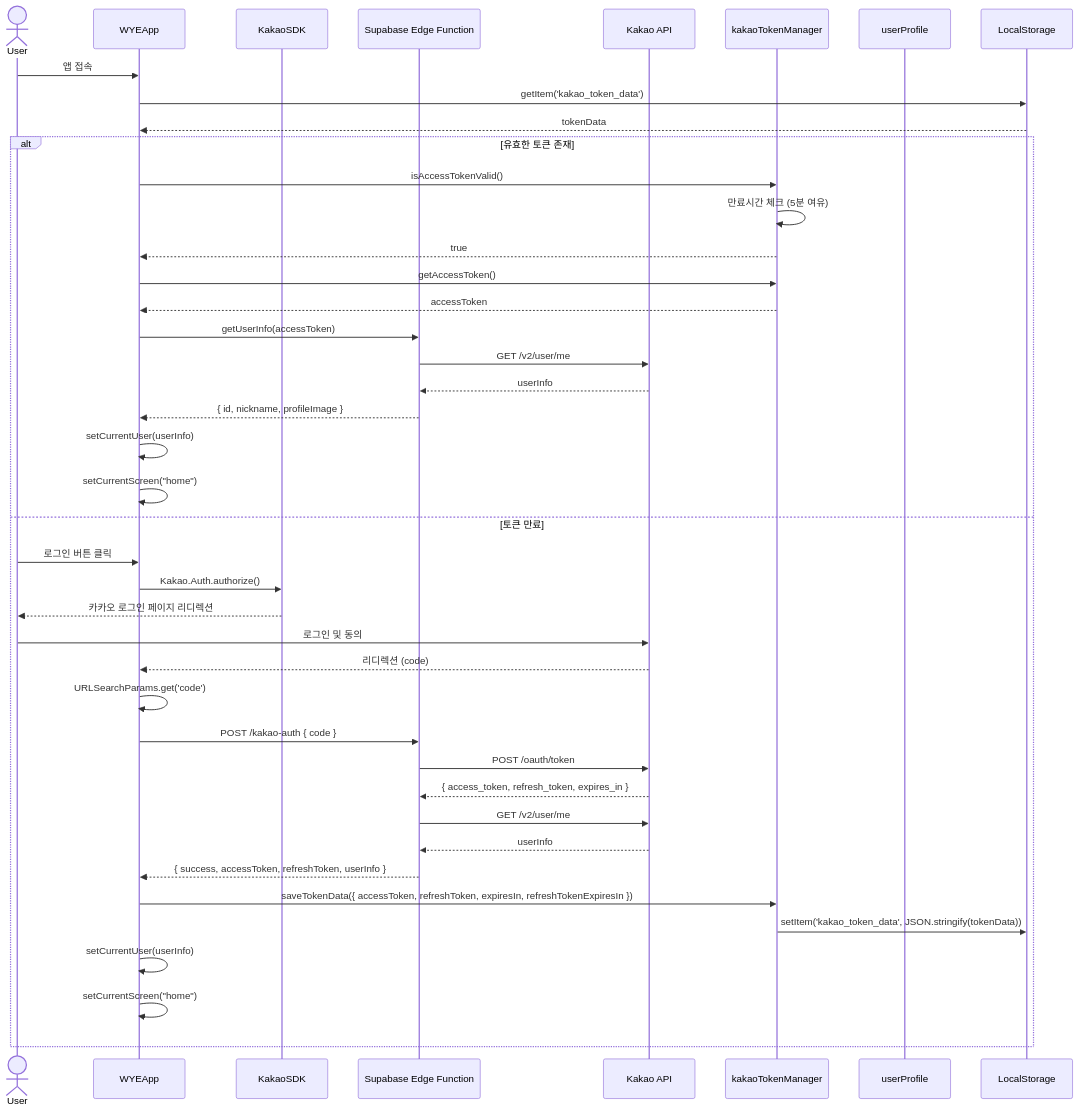
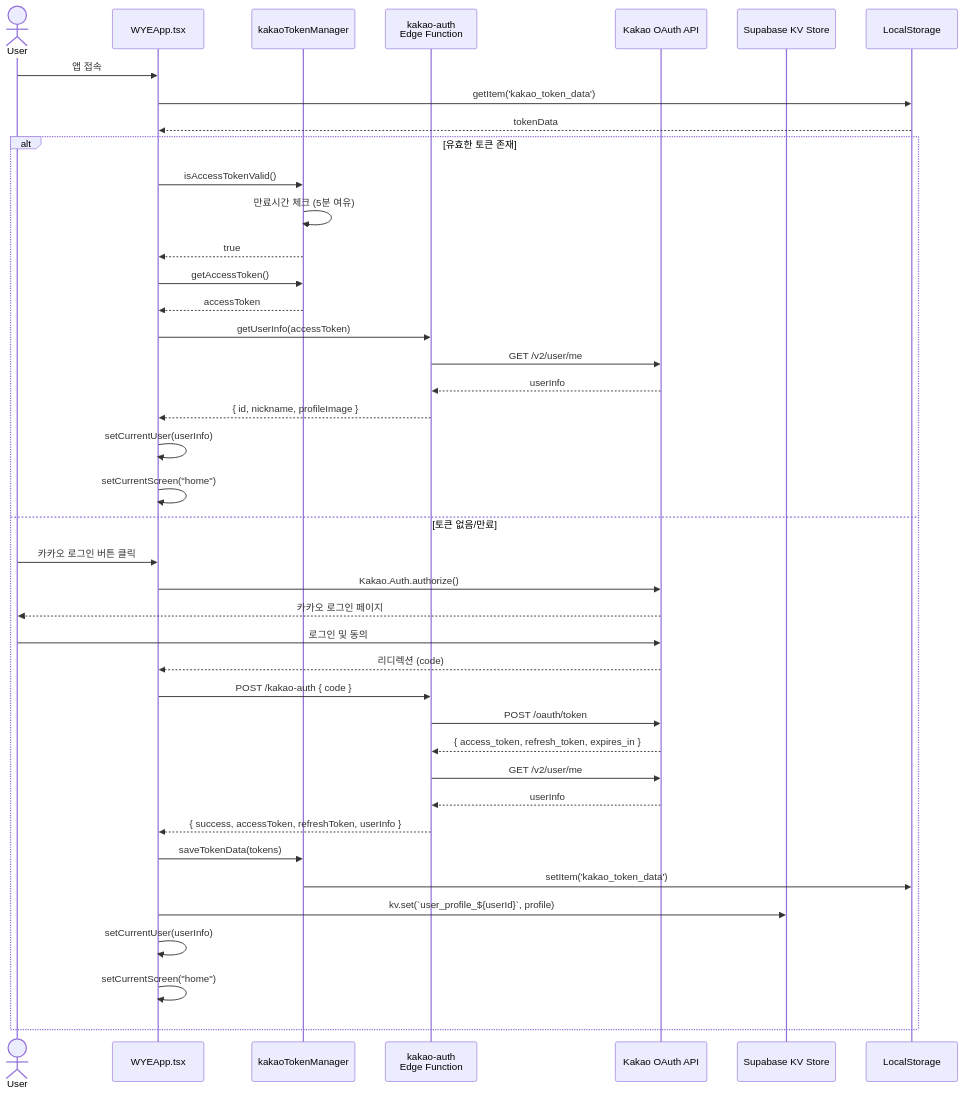
Before and after one commit to mongkwon/graduateproj1: the first of 9 diagrams in README.md, drawn with Mermaid. The commit also changed other lines of this file, not shown here.

````diff
--- a/README.md
+++ b/README.md
@@ -5,46 +5,45 @@
 ```mermaid
 sequenceDiagram
     actor User
-    participant WYEApp
-    participant KakaoSDK
-    participant SupabaseEdge as Supabase Edge Function
-    participant KakaoAPI as Kakao API
-    participant TokenManager as kakaoTokenManager
-    participant UserProfile as userProfile
+    participant WYE as WYEApp.tsx
+    participant TokenMgr as kakaoTokenManager
+    participant EdgeFn as kakao-auth<br/>Edge Function
+    participant KakaoAPI as Kakao OAuth API
+    participant SupabaseKV as Supabase KV Store
     participant LocalStorage
 
-    User->>WYEApp: 앱 접속
-    WYEApp->>LocalStorage: getItem('kakao_token_data')
-    LocalStorage-->>WYEApp: tokenData
+    User->>WYE: 앱 접속
+    WYE->>LocalStorage: getItem('kakao_token_data')
+    LocalStorage-->>WYE: tokenData
     
     alt 유효한 토큰 존재
-        WYEApp->>TokenManager: isAccessTokenValid()
-        TokenManager->>TokenManager: 만료시간 체크 (5분 여유)
-        TokenManager-->>WYEApp: true
-        WYEApp->>TokenManager: getAccessToken()
-        TokenManager-->>WYEApp: accessToken
-        WYEApp->>SupabaseEdge: getUserInfo(accessToken)
-        SupabaseEdge->>KakaoAPI: GET /v2/user/me
-        KakaoAPI-->>SupabaseEdge: userInfo
-        SupabaseEdge-->>WYEApp: { id, nickname, profileImage }
-        WYEApp->>WYEApp: setCurrentUser(userInfo)
-        WYEApp->>WYEApp: setCurrentScreen("home")
-    else 토큰 만료
-        User->>WYEApp: 로그인 버튼 클릭
-        WYEApp->>KakaoSDK: Kakao.Auth.authorize()
-        KakaoSDK-->>User: 카카오 로그인 페이지 리디렉션
+        WYE->>TokenMgr: isAccessTokenValid()
+        TokenMgr->>TokenMgr: 만료시간 체크 (5분 여유)
+        TokenMgr-->>WYE: true
+        WYE->>TokenMgr: getAccessToken()
+        TokenMgr-->>WYE: accessToken
+        WYE->>EdgeFn: getUserInfo(accessToken)
+        EdgeFn->>KakaoAPI: GET /v2/user/me
+        KakaoAPI-->>EdgeFn: userInfo
+        EdgeFn-->>WYE: { id, nickname, profileImage }
+        WYE->>WYE: setCurrentUser(userInfo)
+        WYE->>WYE: setCurrentScreen("home")
+    else 토큰 없음/만료
+        User->>WYE: 카카오 로그인 버튼 클릭
+        WYE->>KakaoAPI: Kakao.Auth.authorize()
+        KakaoAPI-->>User: 카카오 로그인 페이지
         User->>KakaoAPI: 로그인 및 동의
-        KakaoAPI-->>WYEApp: 리디렉션 (code)
-        WYEApp->>WYEApp: URLSearchParams.get('code')
-        WYEApp->>SupabaseEdge: POST /kakao-auth { code }
-        SupabaseEdge->>KakaoAPI: POST /oauth/token
-        KakaoAPI-->>SupabaseEdge: { access_token, refresh_token, expires_in }
-        SupabaseEdge->>KakaoAPI: GET /v2/user/me
-        KakaoAPI-->>SupabaseEdge: userInfo
-        SupabaseEdge-->>WYEApp: { success, accessToken, refreshToken, userInfo }
-        WYEApp->>TokenManager: saveTokenData({ accessToken, refreshToken, expiresIn, refreshTokenExpiresIn })
-        TokenManager->>LocalStorage: setItem('kakao_token_data', JSON.stringify(tokenData))
-        WYEApp->>WYEApp: setCurrentUser(userInfo)
-        WYEApp->>WYEApp: setCurrentScreen("home")
+        KakaoAPI-->>WYE: 리디렉션 (code)
+        WYE->>EdgeFn: POST /kakao-auth { code }
+        EdgeFn->>KakaoAPI: POST /oauth/token
+        KakaoAPI-->>EdgeFn: { access_token, refresh_token, expires_in }
+        EdgeFn->>KakaoAPI: GET /v2/user/me
+        KakaoAPI-->>EdgeFn: userInfo
+        EdgeFn-->>WYE: { success, accessToken, refreshToken, userInfo }
+        WYE->>TokenMgr: saveTokenData(tokens)
+        TokenMgr->>LocalStorage: setItem('kakao_token_data')
+        WYE->>SupabaseKV: kv.set(`user_profile_${userId}`, profile)
+        WYE->>WYE: setCurrentUser(userInfo)
+        WYE->>WYE: setCurrentScreen("home")
     end
 ```
````
